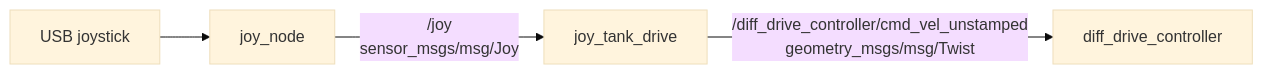
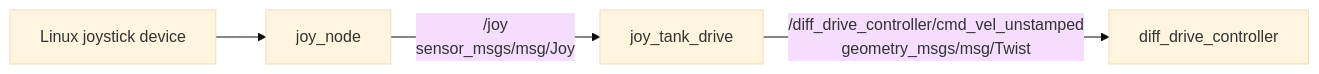
The second of 2 diagrams in ros2_ws/src/teleop/README.md (BILLEE-BroncoSTAR/billee-software-2027), drawn with Mermaid (base theme) before and after one commit. The commit also changed other lines of this file, not shown here.

Commit message:
chore: update tank drive node documentation

````diff
--- a/ros2_ws/src/teleop/README.md
+++ b/ros2_ws/src/teleop/README.md
@@ -48,6 +48,6 @@
 ```mermaid
 graph LR
-    H[USB joystick] --> J[joy_node]
+    H[Linux joystick device] --> J[joy_node]
     J -->|/joy\nsensor_msgs/msg/Joy| T[joy_tank_drive]
     T -->|/diff_drive_controller/cmd_vel_unstamped\ngeometry_msgs/msg/Twist| D[diff_drive_controller]
 ```
````
